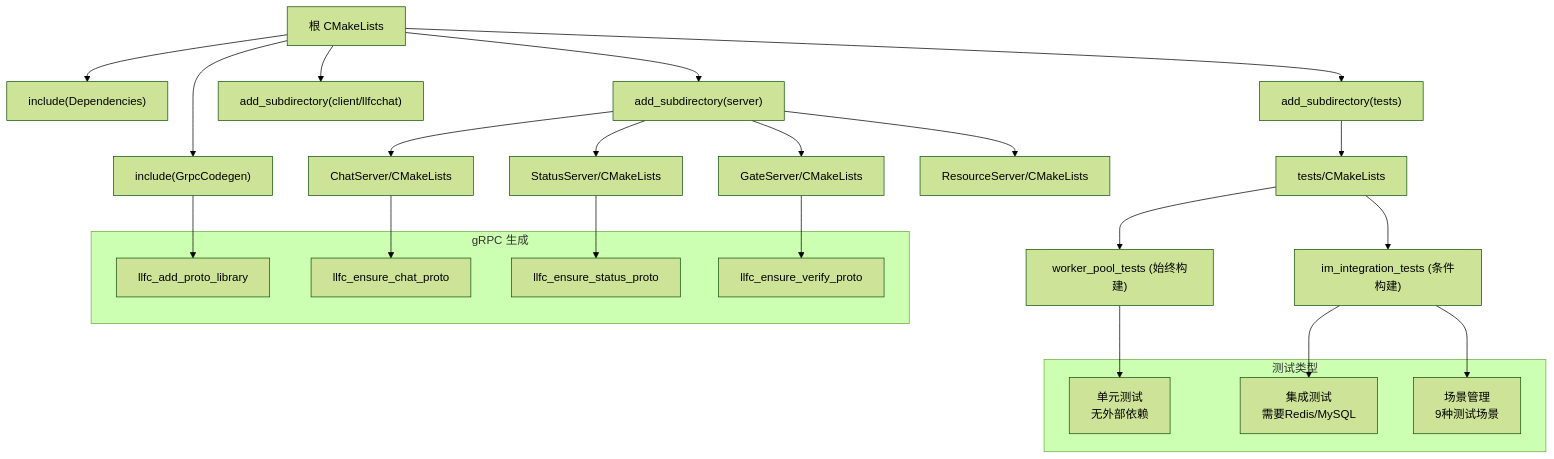
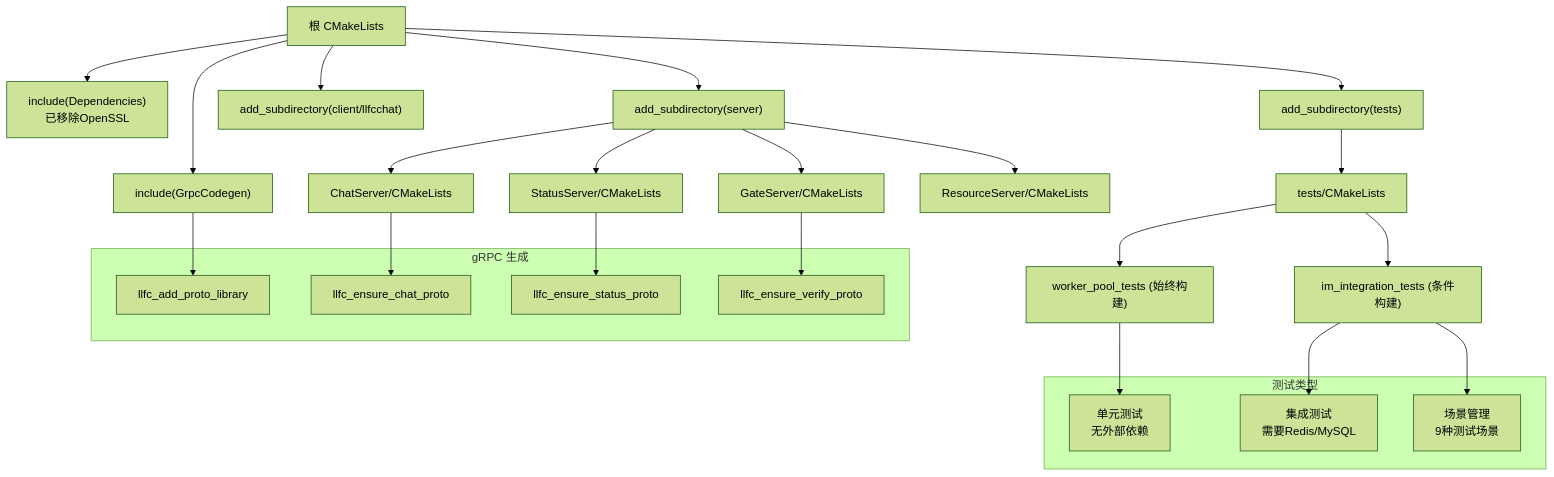
One commit to echo9923/mychatter changed the second of 5 diagrams in .qoder/repowiki/zh/content/部署运维/服务部署/构建系统.md. Above: the diagram before and after it, drawn with Mermaid (forest theme). The commit also changed other lines of this file and 58 other files, not shown here.

````diff
--- a/.qoder/repowiki/zh/content/部署运维/服务部署/构建系统.md
+++ b/.qoder/repowiki/zh/content/部署运维/服务部署/构建系统.md
@@ -112,33 +118,33 @@
 ```mermaid
 graph TB
-A["根 CMakeLists"] --> B["include(Dependencies)"]
+A["根 CMakeLists"] --> B["include(Dependencies)<br/>已移除OpenSSL"]
 A --> C["include(GrpcCodegen)"]
 A --> D["add_subdirectory(server)"]
 A --> E["add_subdirectory(client/llfcchat)"]
 A --> F["add_subdirectory(tests)"]
 D --> G["GateServer/CMakeLists"]
 D --> H["StatusServer/CMakeLists"]
 D --> I["ChatServer/CMakeLists"]
 D --> J["ResourceServer/CMakeLists"]
 F --> K["tests/CMakeLists"]
 K --> L["worker_pool_tests (始终构建)"]
 K --> M["im_integration_tests (条件构建)"]
 subgraph "gRPC 生成"
 N["llfc_add_proto_library"]
 O["llfc_ensure_chat_proto"]
 P["llfc_ensure_status_proto"]
 Q["llfc_ensure_verify_proto"]
 end
 C --> N
 I --> O
 H --> P
 G --> Q
 subgraph "测试类型"
 R["单元测试<br/>无外部依赖"]
 S["集成测试<br/>需要Redis/MySQL"]
 T["场景管理<br/>9种测试场景"]
 end
 L --> R
 M --> S
 M --> T
 ```
````
